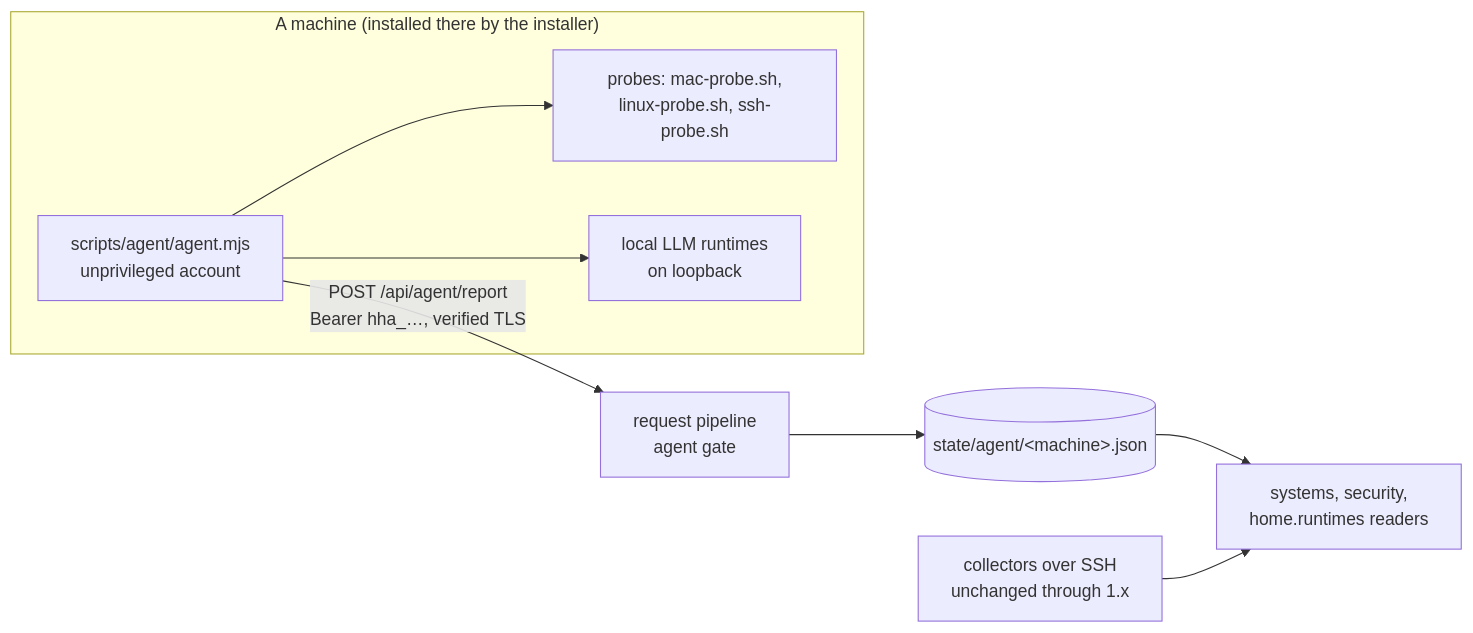
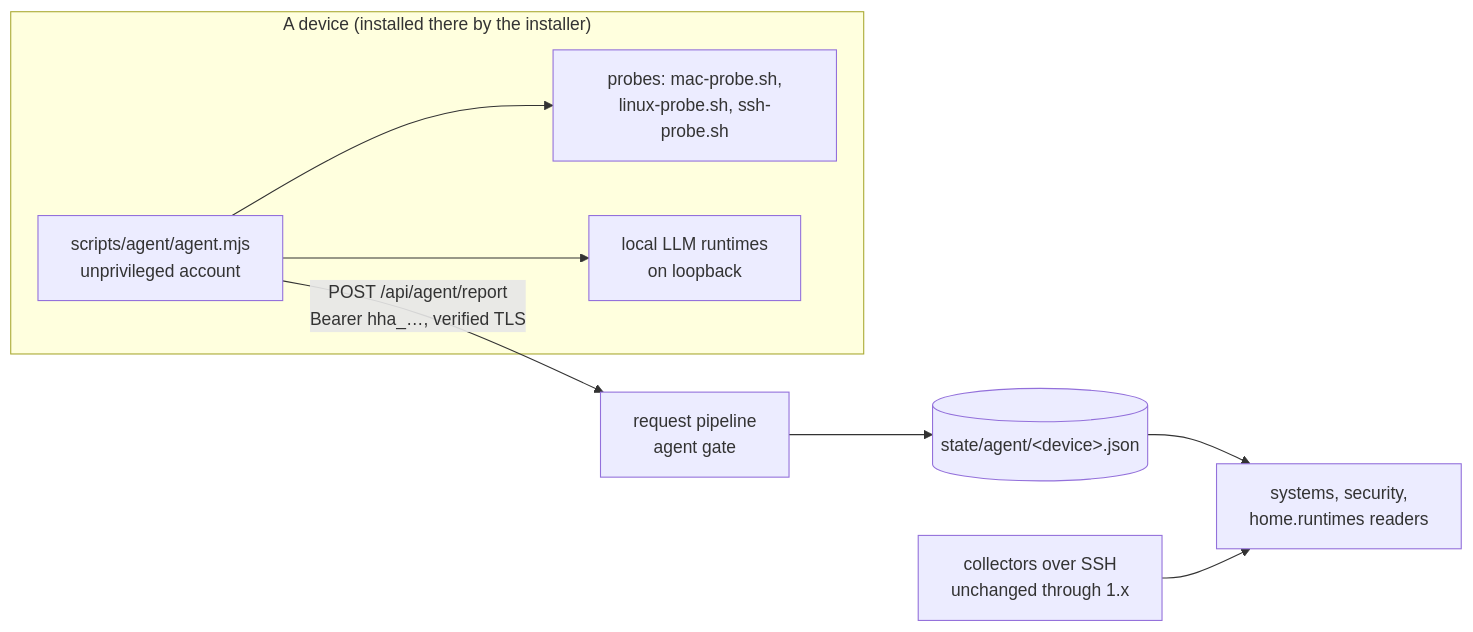
The diagram in docs/agent.md (slaader/homehub-core), drawn with Mermaid before and after one commit. The commit also changed other lines of this file and 223 other files, not shown here.

First line of the commit message:
Rename machine to device across core

````diff
--- a/docs/agent.md
+++ b/docs/agent.md
@@ -20,11 +20,11 @@
 ```mermaid
 flowchart LR
-  subgraph machine["A machine (installed there by the installer)"]
+  subgraph device["A device (installed there by the installer)"]
     A[scripts/agent/agent.mjs<br>unprivileged account] --> P[probes: mac-probe.sh,<br>linux-probe.sh, ssh-probe.sh]
     A --> R[local LLM runtimes<br>on loopback]
   end
   A -- "POST /api/agent/report<br>Bearer hha_…, verified TLS" --> G[request pipeline<br>agent gate]
-  G --> S[(state/agent/&lt;machine&gt;.json)]
+  G --> S[(state/agent/&lt;device&gt;.json)]
   S --> V[systems, security,<br>home.runtimes readers]
   C[collectors over SSH<br>unchanged through 1.x] --> V
 ```
````
